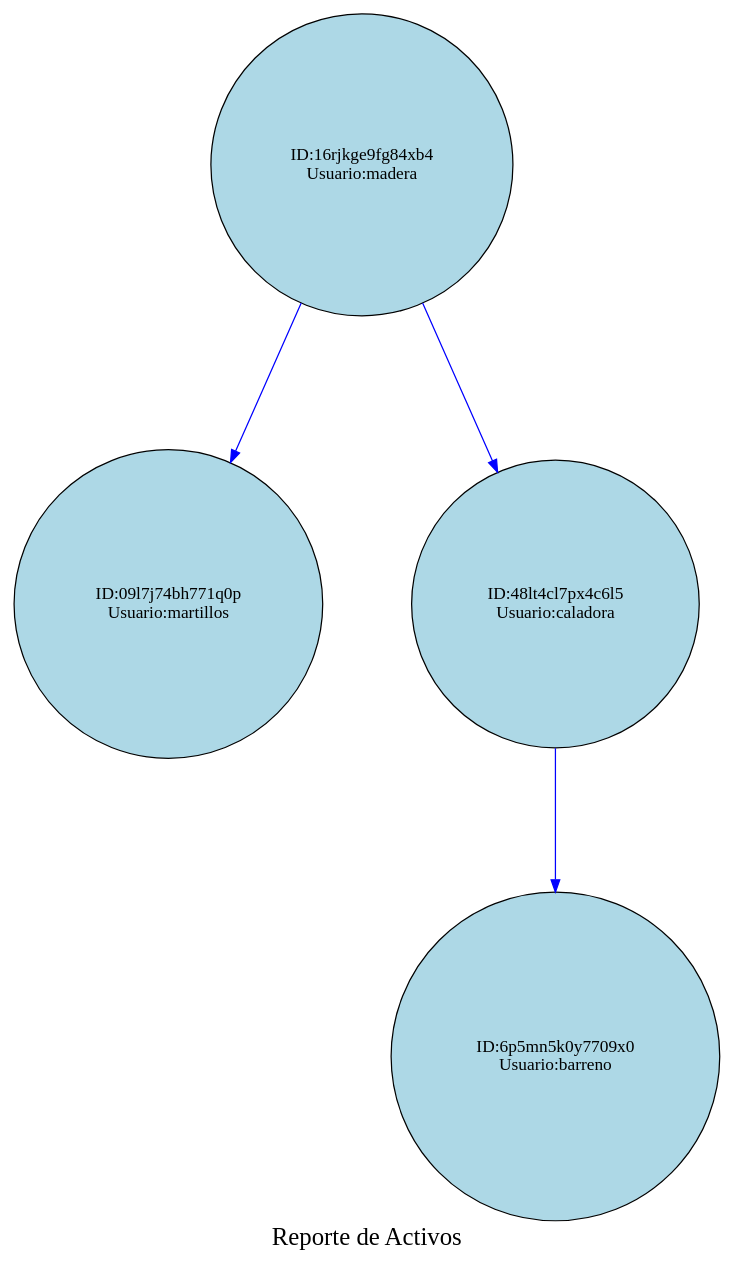
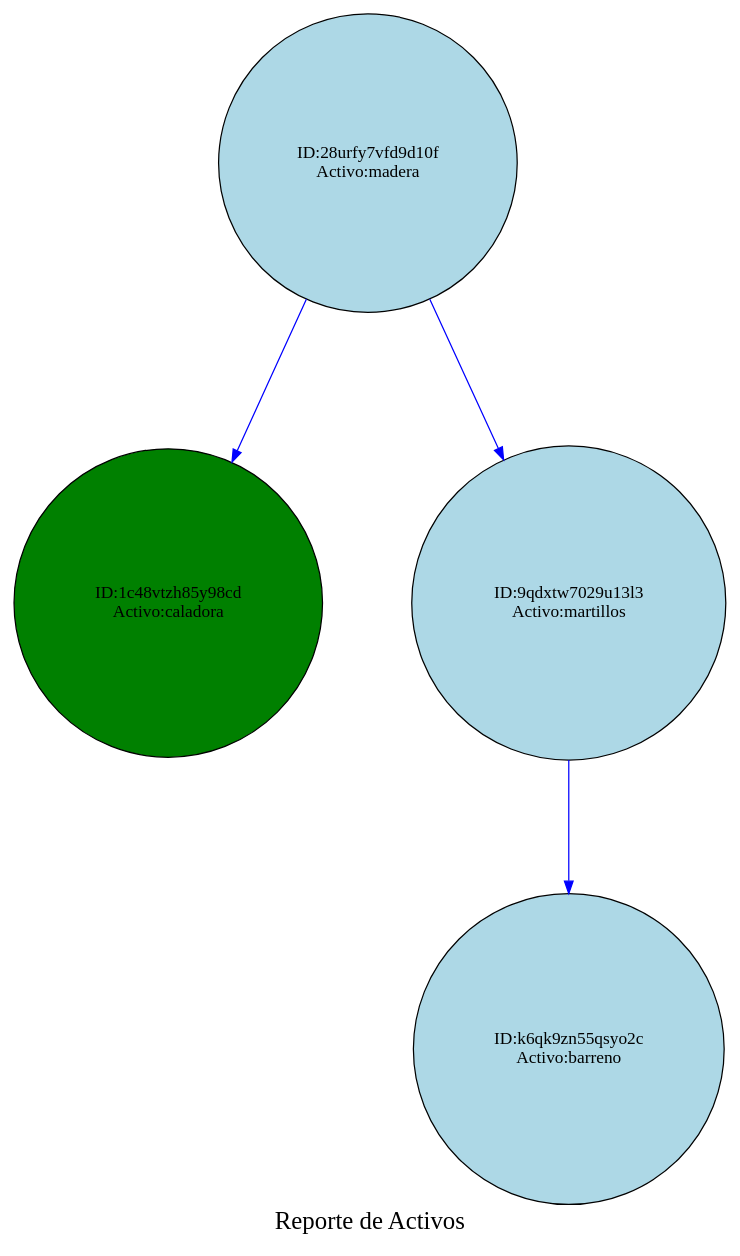
Before and after one commit to Ennero/EDD_Proyecto1_Vacas2_202302220: the diagram in Proyecto1/cmake-build-debug/reporteArbolAVL.dot, drawn with Graphviz. The commit also changed 11 other files, not shown here.

```diff
--- a/Proyecto1/cmake-build-debug/reporteArbolAVL.dot
+++ b/Proyecto1/cmake-build-debug/reporteArbolAVL.dot
@@ -1,16 +1,16 @@
 digraph AVLTree {
     node [shape=circle,style=filled, fillcolor=lightblue, margin=0.2];
 edge [style=solid, color=blue];
  graph [ranksep=1.5, nodesep=1];graph [label="Reporte de Activos", fontsize=20, fontcolor=black];
-    "16rjkge9fg84xb4" [label="ID:16rjkge9fg84xb4
-Usuario:madera"];
-    "16rjkge9fg84xb4" -> "09l7j74bh771q0p";
-    "09l7j74bh771q0p" [label="ID:09l7j74bh771q0p
-Usuario:martillos"];
-    "16rjkge9fg84xb4" -> "48lt4cl7px4c6l5";
-    "48lt4cl7px4c6l5" [label="ID:48lt4cl7px4c6l5
-Usuario:caladora"];
-    "48lt4cl7px4c6l5" -> "6p5mn5k0y7709x0";
-    "6p5mn5k0y7709x0" [label="ID:6p5mn5k0y7709x0
-Usuario:barreno"];
+    "28urfy7vfd9d10f" [label="ID:28urfy7vfd9d10f
+Activo:madera"];
+    "28urfy7vfd9d10f" -> "1c48vtzh85y98cd";
+    "1c48vtzh85y98cd" [label="ID:1c48vtzh85y98cd
+Activo:caladora"  , style=filled, fillcolor=green];
+    "28urfy7vfd9d10f" -> "9qdxtw7029u13l3";
+    "9qdxtw7029u13l3" [label="ID:9qdxtw7029u13l3
+Activo:martillos"];
+    "9qdxtw7029u13l3" -> "k6qk9zn55qsyo2c";
+    "k6qk9zn55qsyo2c" [label="ID:k6qk9zn55qsyo2c
+Activo:barreno"];
 }
```
